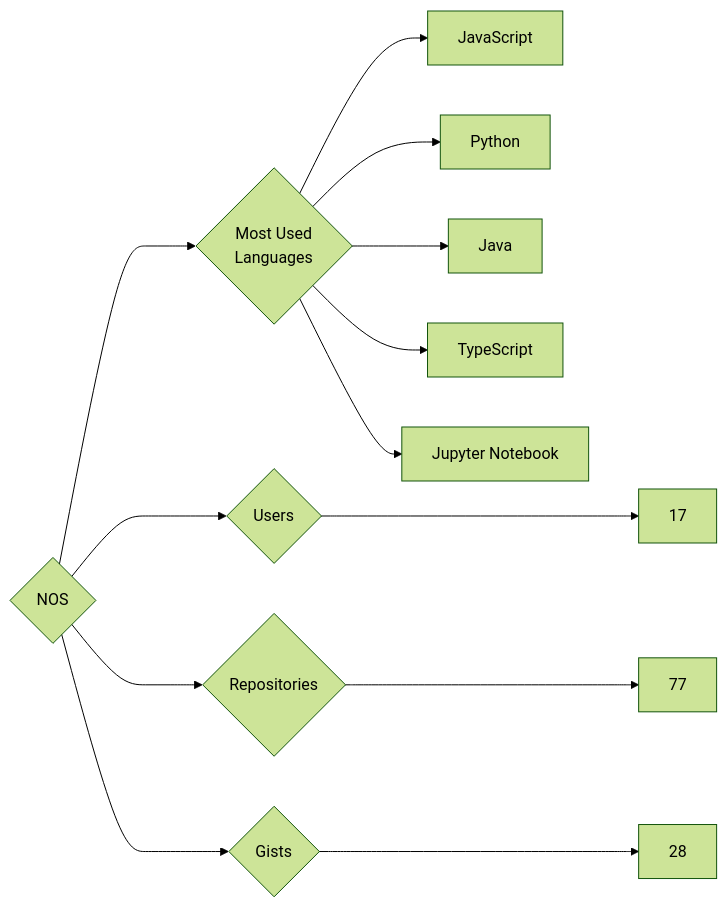
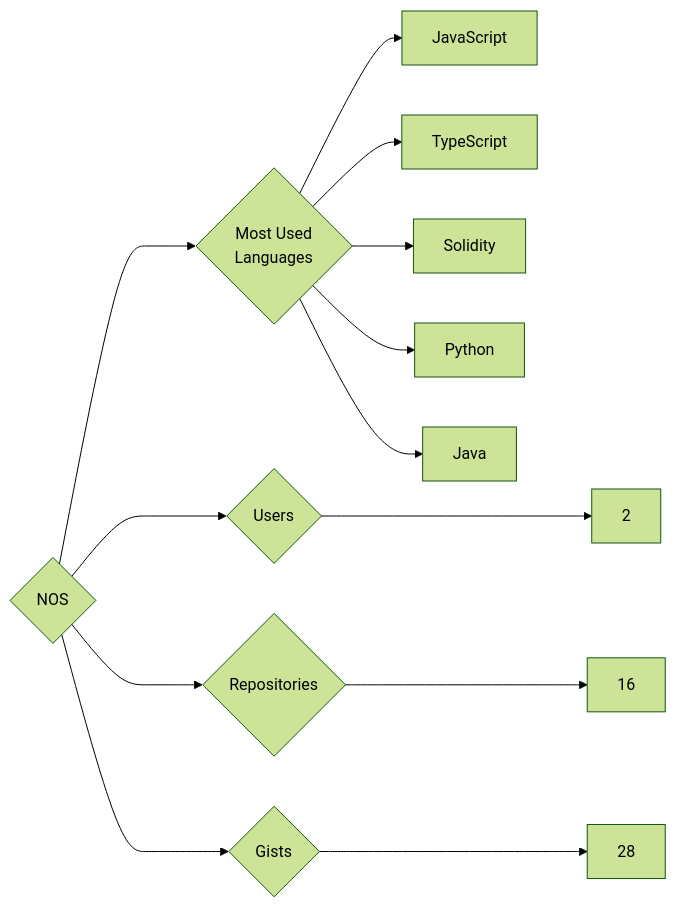
The diagram in targets/NOS/README.md (trickest/insiders), drawn with Mermaid (forest theme) before and after one commit. The commit also changed 444 other files, not shown here.

````diff
--- a/targets/NOS/README.md
+++ b/targets/NOS/README.md
@@ -3,13 +3,13 @@
 ```mermaid
 graph LR
 COMPANY_NAME{NOS}
-COMPANY_NAME ---> U{Users} ---> UN[17]
-COMPANY_NAME ---> R{Repositories} ---> RN[77]
+COMPANY_NAME ---> U{Users} ---> UN[2]
+COMPANY_NAME ---> R{Repositories} ---> RN[16]
 COMPANY_NAME ---> G{Gists} ---> GN[28]
 COMPANY_NAME ---> ML{Most Used<br>Languages}
 ML --> JavaScript[JavaScript]
+ML --> TypeScript[TypeScript]
+ML --> Solidity[Solidity]
 ML --> Python[Python]
 ML --> Java[Java]
-ML --> TypeScript[TypeScript]
-ML --> Jupyter_Notebook[Jupyter Notebook]
 ```
````
